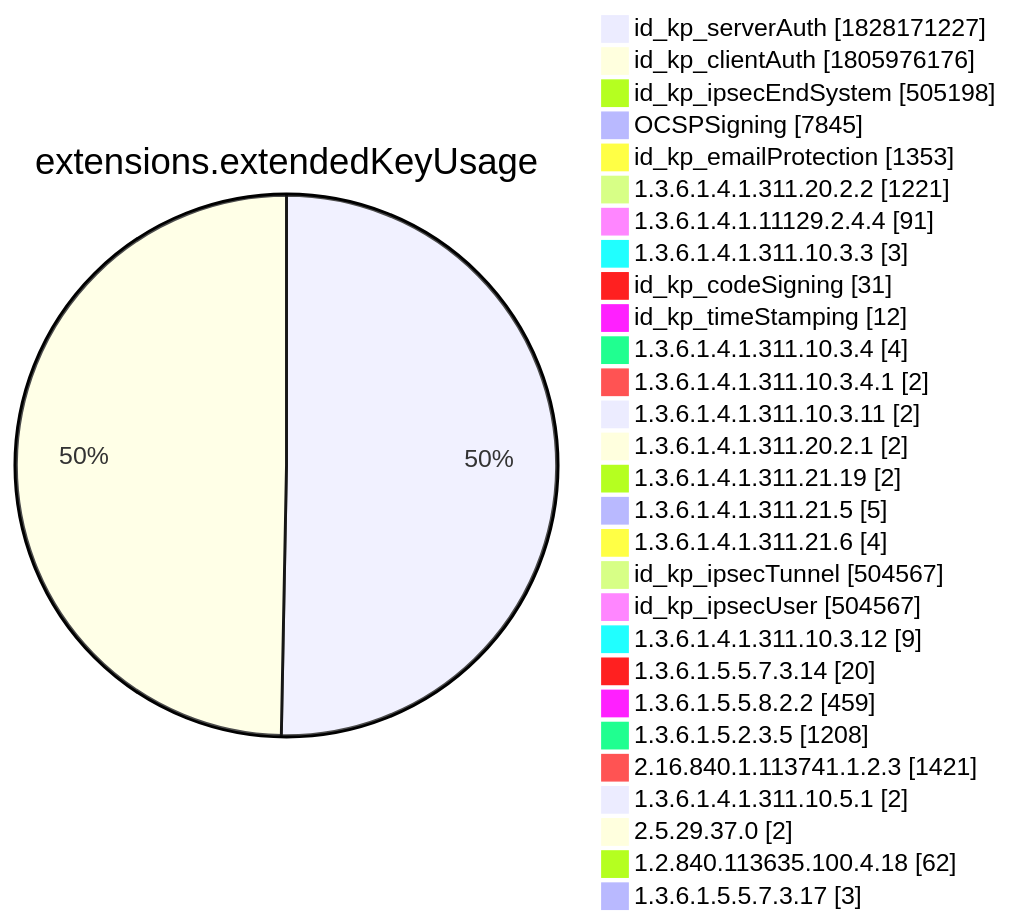
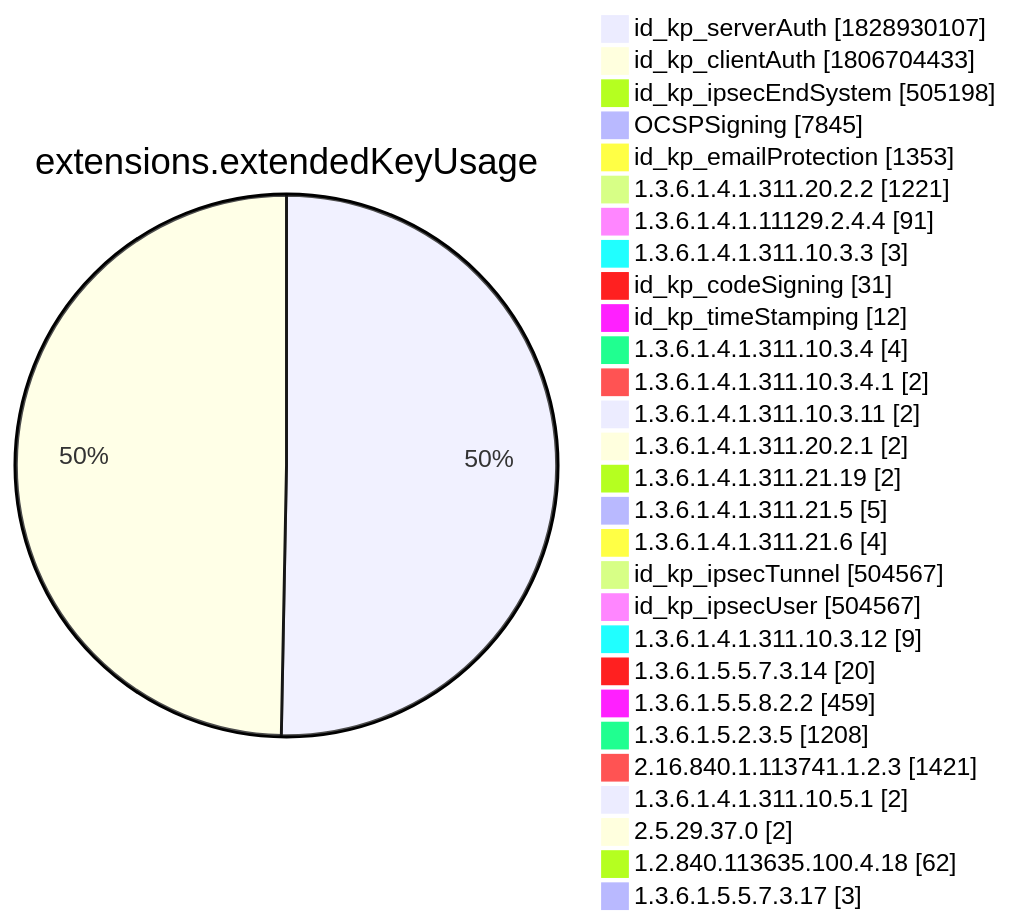
Diagram 12 of 15 in xenon2022/README.md (christiankrug/ctmonitor_visualization), drawn with Mermaid before and after one commit. The commit also changed other lines of this file, not shown here.

````diff
--- a/xenon2022/README.md
+++ b/xenon2022/README.md
@@ -3895,32 +3895,32 @@
 ```mermaid
 pie showData
 title extensions.extendedKeyUsage
-"id_kp_serverAuth" :1828171227
-"id_kp_clientAuth" :1805976176
+"id_kp_serverAuth" :1828930107
+"id_kp_clientAuth" :1806704433
 "id_kp_ipsecEndSystem" :505198
 "OCSPSigning" :7845
 "id_kp_emailProtection" :1353
 "1.3.6.1.4.1.311.20.2.2" :1221
 "1.3.6.1.4.1.11129.2.4.4" :91
 "1.3.6.1.4.1.311.10.3.3" :3
 "id_kp_codeSigning" :31
 "id_kp_timeStamping" :12
 "1.3.6.1.4.1.311.10.3.4" :4
 "1.3.6.1.4.1.311.10.3.4.1" :2
 "1.3.6.1.4.1.311.10.3.11" :2
 "1.3.6.1.4.1.311.20.2.1" :2
 "1.3.6.1.4.1.311.21.19" :2
 "1.3.6.1.4.1.311.21.5" :5
 "1.3.6.1.4.1.311.21.6" :4
 "id_kp_ipsecTunnel" :504567
 "id_kp_ipsecUser" :504567
 "1.3.6.1.4.1.311.10.3.12" :9
 "1.3.6.1.5.5.7.3.14" :20
 "1.3.6.1.5.5.8.2.2" :459
 "1.3.6.1.5.2.3.5" :1208
 "2.16.840.1.113741.1.2.3" :1421
 "1.3.6.1.4.1.311.10.5.1" :2
 "2.5.29.37.0" :2
 "1.2.840.113635.100.4.18" :62
 "1.3.6.1.5.5.7.3.17" :3
 ```
````
